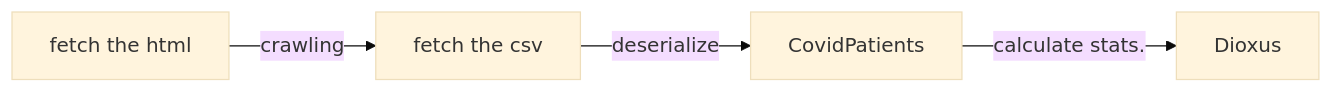
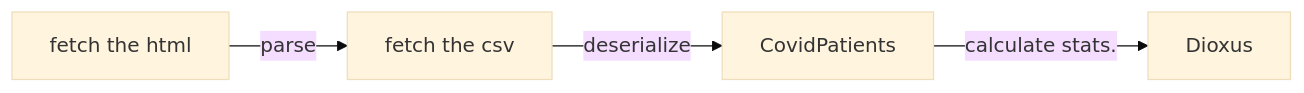
Before and after one commit to shnarazk/fukuoka-C19: the diagram in README.md, drawn with Mermaid (base theme).

````diff
--- a/README.md
+++ b/README.md
@@ -11,6 +11,6 @@
 ```mermaid
 flowchart LR
-A[fetch the html] -- crawling --> B[fetch the csv];
+A[fetch the html] -- parse --> B[fetch the csv];
 B -- deserialize --> C[CovidPatients];
 C -- calculate stats. --> D[Dioxus];
 ```
````
